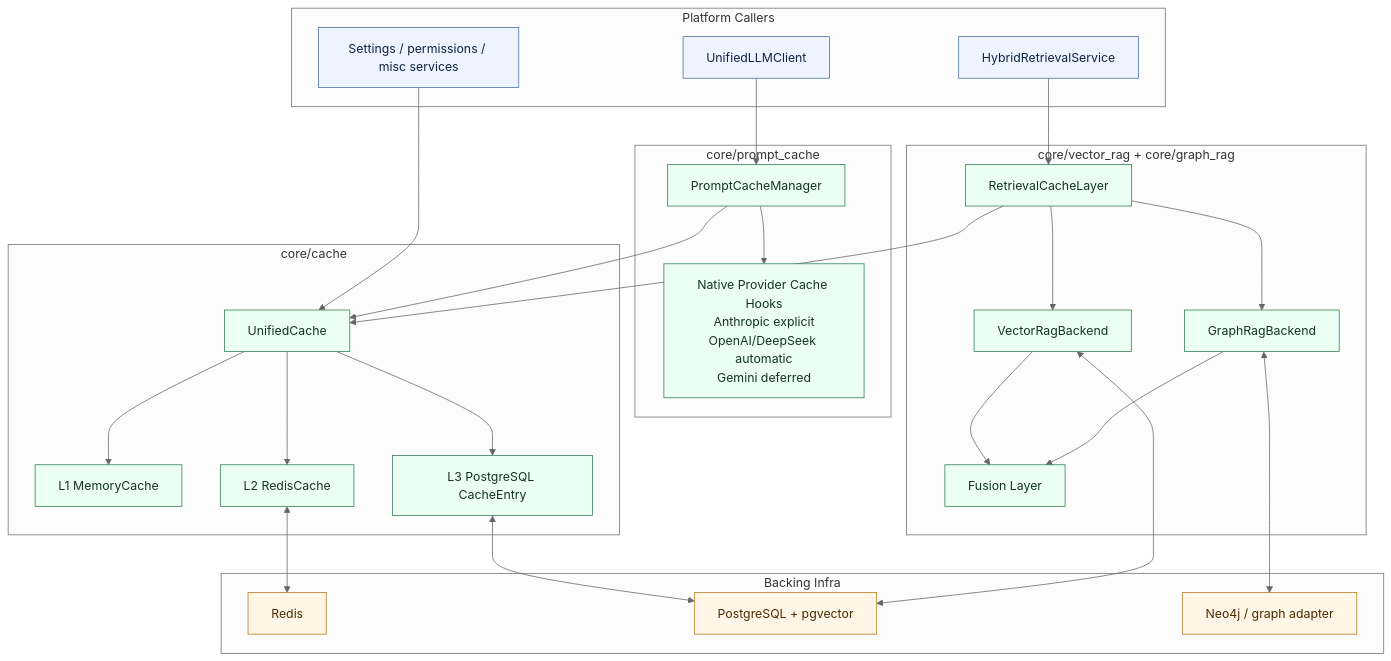
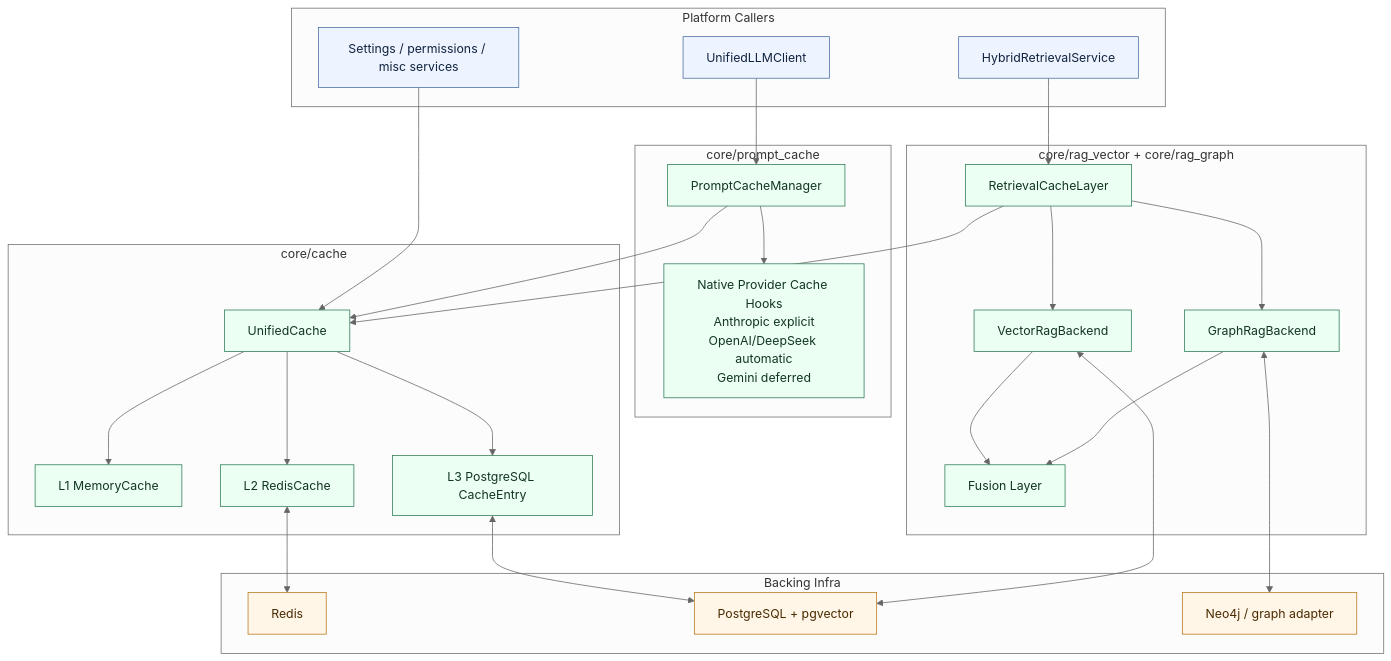
One commit to DCx7C5/cybersecsuite changed the diagram in .plan/architecture/caching-architecture.md. Above: the diagram before and after it, drawn with Mermaid (neutral theme). The commit also changed other lines of this file and 58 other files, not shown here.

````diff
--- a/.plan/architecture/caching-architecture.md
+++ b/.plan/architecture/caching-architecture.md
@@ -23,63 +23,63 @@
 ```mermaid
 flowchart TB
     subgraph Callers["Platform Callers"]
         Settings["Settings / permissions / misc services"]
         LLM["UnifiedLLMClient"]
         Retrieval["HybridRetrievalService"]
     end
 
     subgraph CacheCore["core/cache"]
         Unified["UnifiedCache"]
         L1["L1 MemoryCache"]
         L2["L2 RedisCache"]
         L3["L3 PostgreSQL CacheEntry"]
     end
 
     subgraph Prompt["core/prompt_cache"]
         PCM["PromptCacheManager"]
         Native["Native Provider Cache Hooks\nAnthropic explicit\nOpenAI/DeepSeek automatic\nGemini deferred"]
     end
 
-    subgraph RetrievalCore["core/vector_rag + core/graph_rag"]
+    subgraph RetrievalCore["core/rag_vector + core/rag_graph"]
         RCL["RetrievalCacheLayer"]
         VR["VectorRagBackend"]
         GR["GraphRagBackend"]
         Fuse["Fusion Layer"]
     end
 
     subgraph Data["Backing Infra"]
         Redis["Redis"]
         Postgres["PostgreSQL + pgvector"]
         Graph["Neo4j / graph adapter"]
     end
 
     Settings --> Unified
 
     LLM --> PCM
     PCM --> Unified
     PCM --> Native
 
     Retrieval --> RCL
     RCL --> Unified
     RCL --> VR
     RCL --> GR
     VR --> Fuse
     GR --> Fuse
 
     Unified --> L1
     Unified --> L2
     Unified --> L3
 
     L2 <--> Redis
     L3 <--> Postgres
     VR <--> Postgres
     GR <--> Graph
 
     classDef caller fill:#eef4ff,stroke:#4a6fa5,color:#10233f;
     classDef core fill:#ecfff3,stroke:#2f7d57,color:#123524;
     classDef store fill:#fff6e8,stroke:#b7791f,color:#4a2b00;
 
     class Settings,LLM,Retrieval caller;
     class Unified,L1,L2,L3,PCM,Native,RCL,VR,GR,Fuse core;
     class Redis,Postgres,Graph store;
 ```
````
